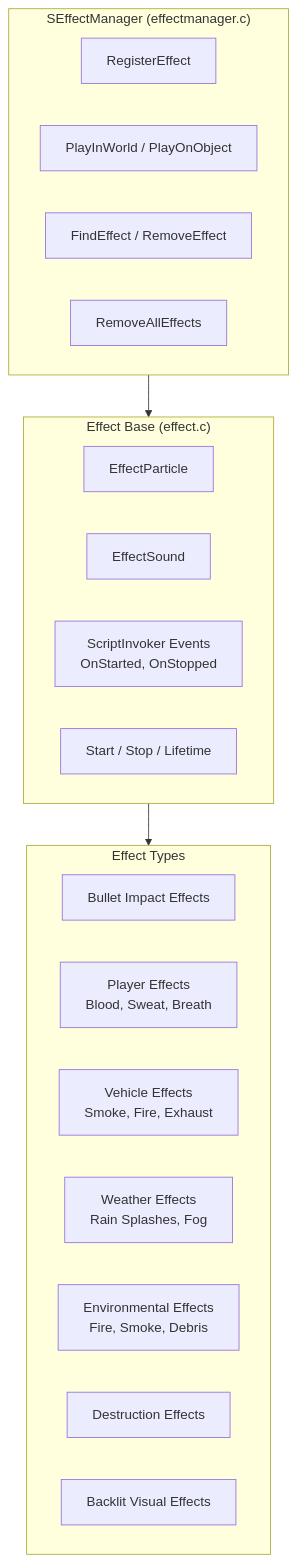
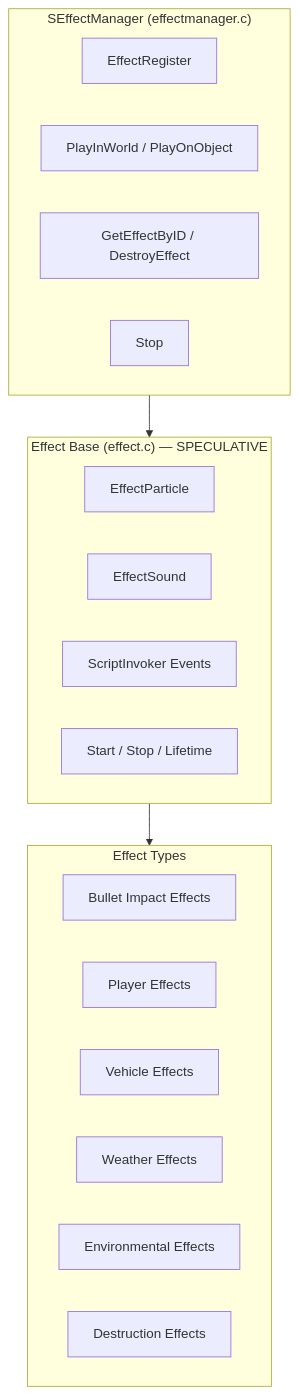
The diagram in docs/game-systems/effect-system.md (rogersau/DayZ-Scripts-Wiki), drawn with Mermaid before and after one commit. The commit also changed other lines of this file and 48 other files, not shown here.

````diff
--- a/docs/game-systems/effect-system.md
+++ b/docs/game-systems/effect-system.md
@@ -7,29 +9,28 @@
 ```mermaid
 flowchart TD
     subgraph Manager["SEffectManager (effectmanager.c)"]
-        REG[RegisterEffect]
+        REG[EffectRegister]
         PLAY[PlayInWorld / PlayOnObject]
-        FIND[FindEffect / RemoveEffect]
-        CLEAR[RemoveAllEffects]
+        FIND[GetEffectByID / DestroyEffect]
+        STOP[Stop]
     end
     
-    subgraph Base["Effect Base (effect.c)"]
+    subgraph Base["Effect Base (effect.c) — SPECULATIVE"]
         PARTICLE[EffectParticle]
         SOUND[EffectSound]
-        EVENTS[ScriptInvoker Events<br/>OnStarted, OnStopped]
+        EVENTS[ScriptInvoker Events]
         LIFECYCLE[Start / Stop / Lifetime]
     end
     
     subgraph Types["Effect Types"]
         BULLET[Bullet Impact Effects]
-        PLAYERFX[Player Effects<br/>Blood, Sweat, Breath]
-        VEHICLE[Vehicle Effects<br/>Smoke, Fire, Exhaust]
-        WEATHERFX[Weather Effects<br/>Rain Splashes, Fog]
-        ENVFX[Environmental Effects<br/>Fire, Smoke, Debris]
+        PLAYERFX[Player Effects]
+        VEHICLE[Vehicle Effects]
+        WEATHERFX[Weather Effects]
+        ENVFX[Environmental Effects]
         DESTRUCTION[Destruction Effects]
-        BACKLIT[Backlit Visual Effects]
     end
     
     Manager --> Base
     Base --> Types
 ```
````
